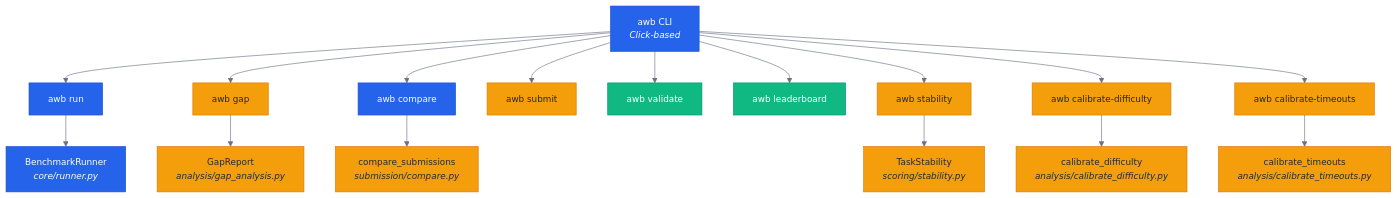
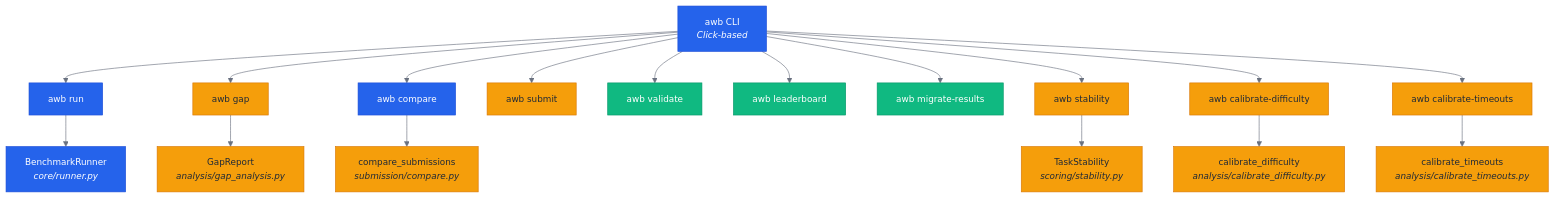
One commit to xmpuspus/ai-workflow-benchmark changed the first of 8 diagrams in ARCHITECTURE.md. Above: the diagram before and after it, drawn with Mermaid. The commit also changed other lines of this file and 5 other files, not shown here.

````diff
--- a/ARCHITECTURE.md
+++ b/ARCHITECTURE.md
@@ -7,26 +7,27 @@
 ```mermaid
 %%{init: {'theme': 'base', 'themeVariables': {'primaryColor': '#2563eb', 'primaryTextColor': '#ffffff', 'primaryBorderColor': '#1d4ed8', 'secondaryColor': '#f59e0b', 'secondaryTextColor': '#1f2937', 'tertiaryColor': '#10b981', 'tertiaryTextColor': '#ffffff', 'lineColor': '#6b7280', 'fontSize': '14px'}}}%%
 graph TB
     CLI["awb CLI<br/><i>Click-based</i>"]:::primary
 
     CLI --> Run["awb run"]:::primary
     CLI --> Gap["awb gap"]:::secondary
     CLI --> Compare["awb compare"]:::primary
     CLI --> Submit["awb submit"]:::secondary
     CLI --> Validate["awb validate"]:::tertiary
     CLI --> Leaderboard["awb leaderboard"]:::tertiary
+    CLI --> Migrate["awb migrate-results"]:::tertiary
     CLI --> Stability["awb stability"]:::secondary
     CLI --> CalDiff["awb calibrate-difficulty"]:::secondary
     CLI --> CalTime["awb calibrate-timeouts"]:::secondary
 
     Run --> Runner["BenchmarkRunner<br/><i>core/runner.py</i>"]:::primary
     Gap --> GapEngine["GapReport<br/><i>analysis/gap_analysis.py</i>"]:::secondary
     Compare --> CompareEngine["compare_submissions<br/><i>submission/compare.py</i>"]:::secondary
     Stability --> StabilityEngine["TaskStability<br/><i>scoring/stability.py</i>"]:::secondary
     CalDiff --> CalDiffEngine["calibrate_difficulty<br/><i>analysis/calibrate_difficulty.py</i>"]:::secondary
     CalTime --> CalTimeEngine["calibrate_timeouts<br/><i>analysis/calibrate_timeouts.py</i>"]:::secondary
 
     classDef primary fill:#2563eb,stroke:#1d4ed8,color:#fff
     classDef secondary fill:#f59e0b,stroke:#d97706,color:#1f2937
     classDef tertiary fill:#10b981,stroke:#059669,color:#fff
 ```
````
